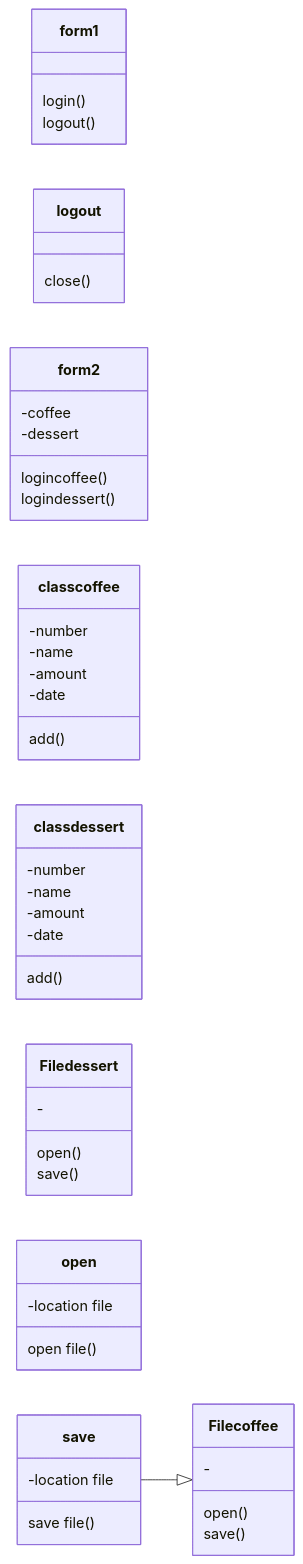
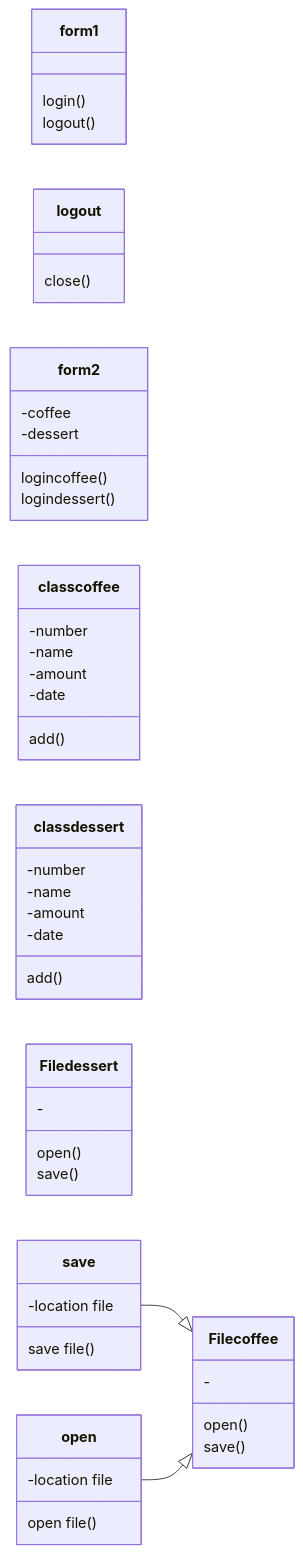
Before and after one commit to Syxsaran/ReportSalesCoffee: the diagram in README.md, drawn with Mermaid.

````diff
--- a/README.md
+++ b/README.md
@@ -11,50 +11,51 @@
 ```mermaid
 classDiagram
   direction LR
   class form1{
   login()
   logout()
   }
   class logout{
   close()
   }
   class form2{
   -coffee
   -dessert
   logincoffee()
   logindessert()
   }
   class classcoffee{
   -number
   -name
   -amount
   -date
   add()
   }
   class classdessert{
   -number
   -name
   -amount
   -date
   add()
   }
   class Filecoffee{
   -
   open()
   save()
   }
   class Filedessert{
   -
   open()
   save()
   }
   class open{
   -location file
   open file()
   }
   class save{
   -location file
   save file()
   }
   save --|> Filecoffee
+  open --|> Filecoffee
   ```
````
